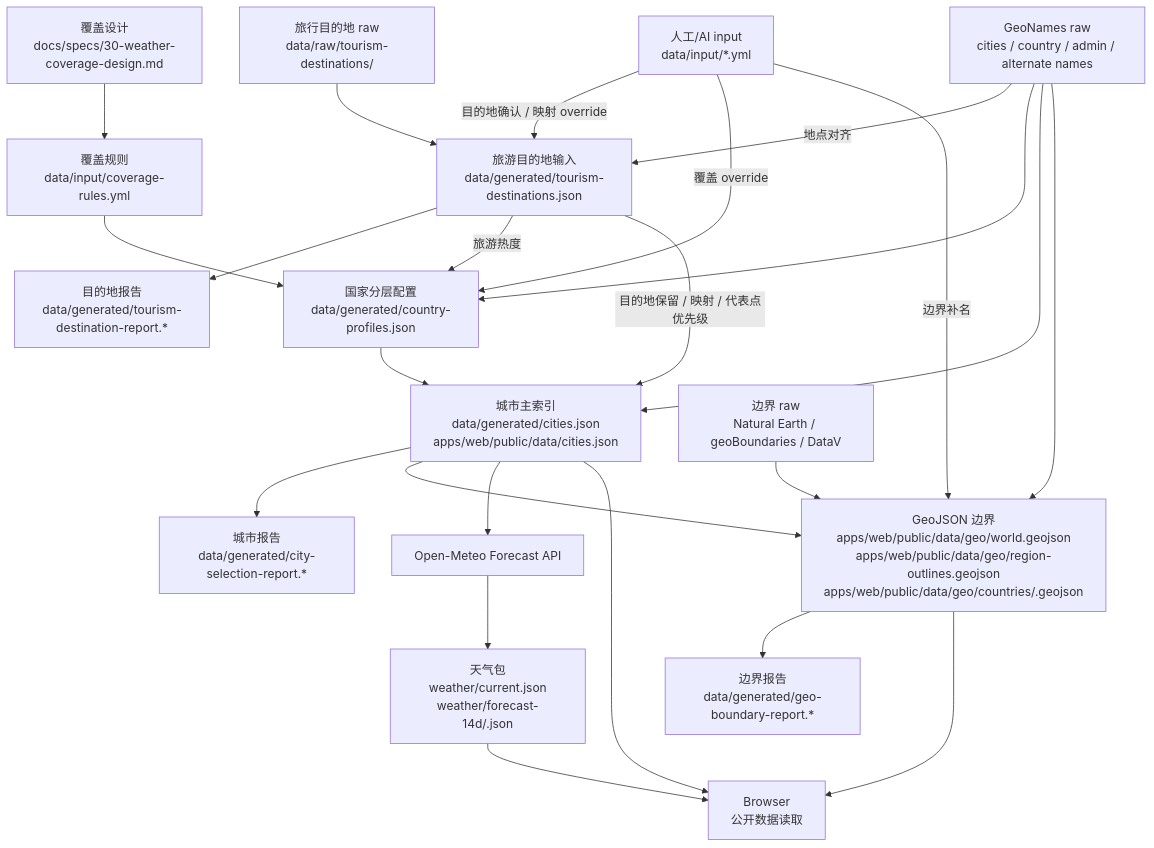
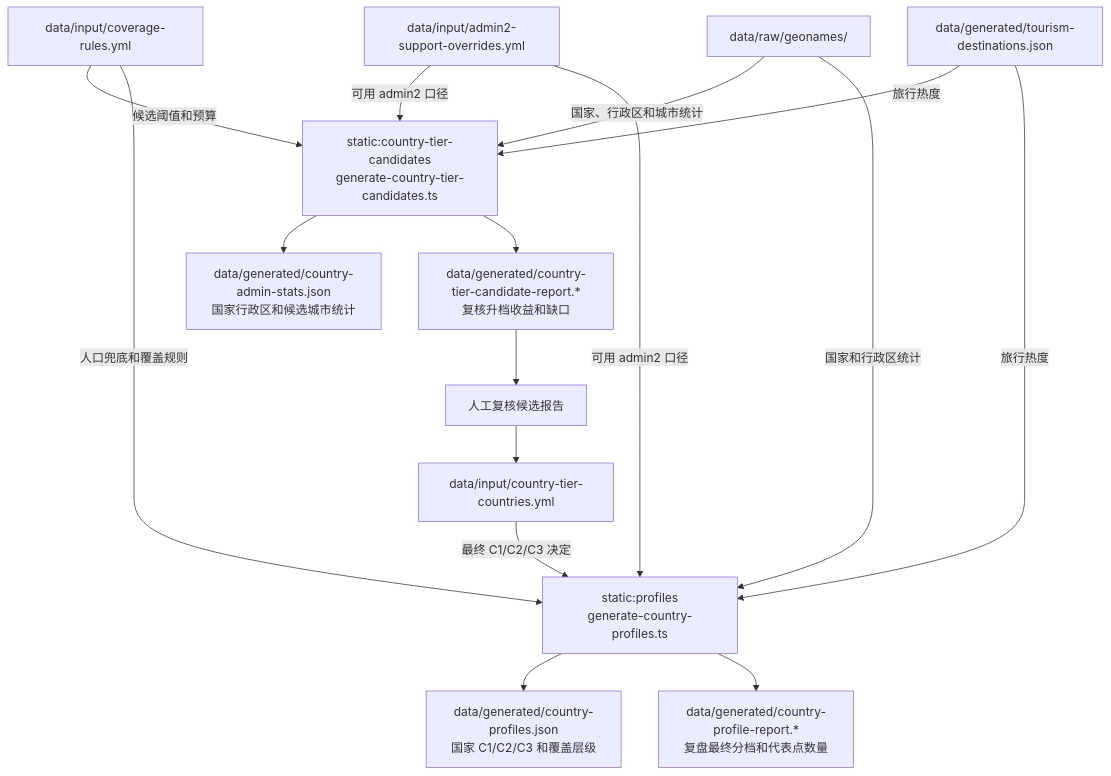
Before and after one commit to xiaomingio/weather-trip: the third of 6 diagrams in docs/specs/31-data-flow.md, drawn with Mermaid. The commit also changed other lines of this file and 5 other files, not shown here.

````diff
--- a/docs/specs/31-data-flow.md
+++ b/docs/specs/31-data-flow.md
@@ -105,43 +156,29 @@
 ```mermaid
-flowchart TD
-  coverage["覆盖设计<br/>docs/specs/30-weather-coverage-design.md"]
-  rules["覆盖规则<br/>data/input/coverage-rules.yml"]
-  inputFiles["人工/AI input<br/>data/input/*.yml"]
-  rawTourism["旅行目的地 raw<br/>data/raw/tourism-destinations/"]
-  geonames["GeoNames raw<br/>cities / country / admin / alternate names"]
-  tourism["旅游目的地输入<br/>data/generated/tourism-destinations.json"]
-  tourismReport["目的地报告<br/>data/generated/tourism-destination-report.*"]
-  countryProfiles["国家分层配置<br/>data/generated/country-profiles.json"]
-  cities["城市主索引<br/>data/generated/cities.json<br/>apps/web/public/data/cities.json"]
-  cityReport["城市报告<br/>data/generated/city-selection-report.*"]
-  boundaryRaw["边界 raw<br/>Natural Earth / geoBoundaries / DataV"]
-  geojson["GeoJSON 边界<br/>apps/web/public/data/geo/world.geojson<br/>apps/web/public/data/geo/region-outlines.geojson<br/>apps/web/public/data/geo/countries/<country>.geojson"]
-  geoReport["边界报告<br/>data/generated/geo-boundary-report.*"]
-  weatherSource["Open-Meteo Forecast API"]
-  weatherJson["天气包<br/>weather/current.json<br/>weather/forecast-14d/<date>.json"]
-  browser["Browser<br/>公开数据读取"]
+flowchart TB
+  coverageRules["data/input/coverage-rules.yml"]
+  admin2Support["data/input/admin2-support-overrides.yml"]
+  rawGeonames["data/raw/geonames/"]
+  tourismGenerated["data/generated/tourism-destinations.json"]
+  generateCoverageCandidates["static:country-tier-candidates<br/>generate-country-tier-candidates.ts"]
+  countryAdminStats["data/generated/country-admin-stats.json<br/>国家行政区和候选城市统计"]
+  coverageCandidateReport["data/generated/country-tier-candidate-report.*<br/>复核升档收益和缺口"]
+  tierReview["人工复核候选报告"]
+  coverageTierInput["data/input/country-tier-countries.yml"]
+  generateProfiles["static:profiles<br/>generate-country-profiles.ts"]
+  profilesData["data/generated/country-profiles.json<br/>国家 C1/C2/C3 和覆盖层级"]
+  profilesReport["data/generated/country-profile-report.*<br/>复盘最终分档和代表点数量"]
 
-  coverage --> rules
-  rawTourism --> tourism
-  inputFiles -->|目的地确认 / 映射 override| tourism
-  geonames -->|地点对齐| tourism
-  tourism --> tourismReport
-  rules --> countryProfiles
-  inputFiles -->|覆盖 override| countryProfiles
-  tourism -->|旅游热度| countryProfiles
-  geonames --> countryProfiles
-  countryProfiles --> cities
-  tourism -->|目的地保留 / 映射 / 代表点优先级| cities
-  geonames --> cities
-  cities --> cityReport
-  cities --> geojson
-  boundaryRaw --> geojson
-  geonames --> geojson
-  inputFiles -->|边界补名| geojson
-  geojson --> geoReport
-  cities --> weatherSource
-  weatherSource --> weatherJson
-  cities --> browser
-  geojson --> browser
-  weatherJson --> browser
+  coverageRules -->|候选阈值和预算| generateCoverageCandidates
+  admin2Support -->|可用 admin2 口径| generateCoverageCandidates
+  rawGeonames -->|国家、行政区和城市统计| generateCoverageCandidates
+  tourismGenerated -->|旅行热度| generateCoverageCandidates
+  generateCoverageCandidates --> countryAdminStats
+  generateCoverageCandidates --> coverageCandidateReport --> tierReview --> coverageTierInput
+  coverageTierInput -->|最终 C1/C2/C3 决定| generateProfiles
+  coverageRules -->|人口兜底和覆盖规则| generateProfiles
+  admin2Support -->|可用 admin2 口径| generateProfiles
+  rawGeonames -->|国家和行政区统计| generateProfiles
+  tourismGenerated -->|旅行热度| generateProfiles
+  generateProfiles --> profilesData
+  generateProfiles --> profilesReport
 ```
````
